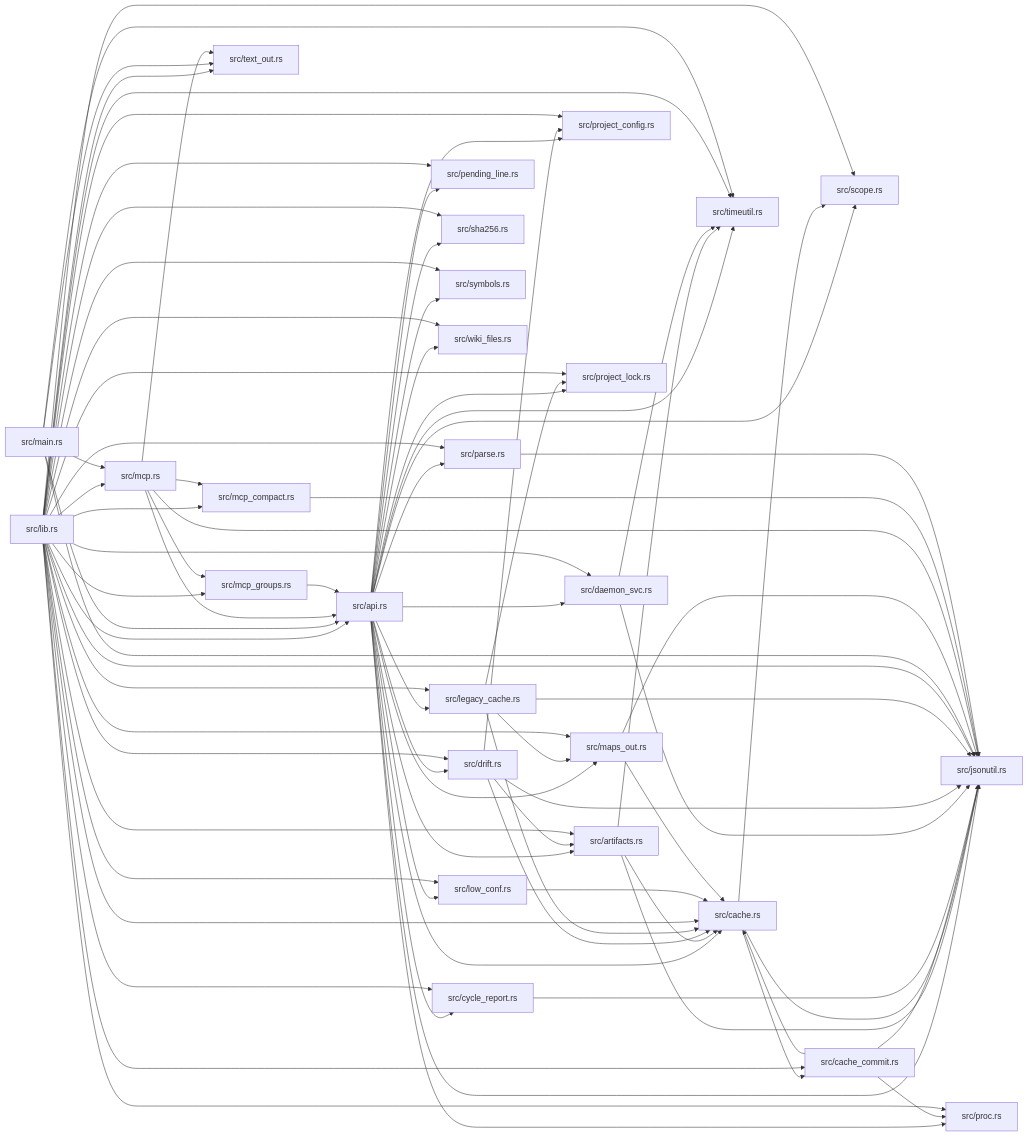
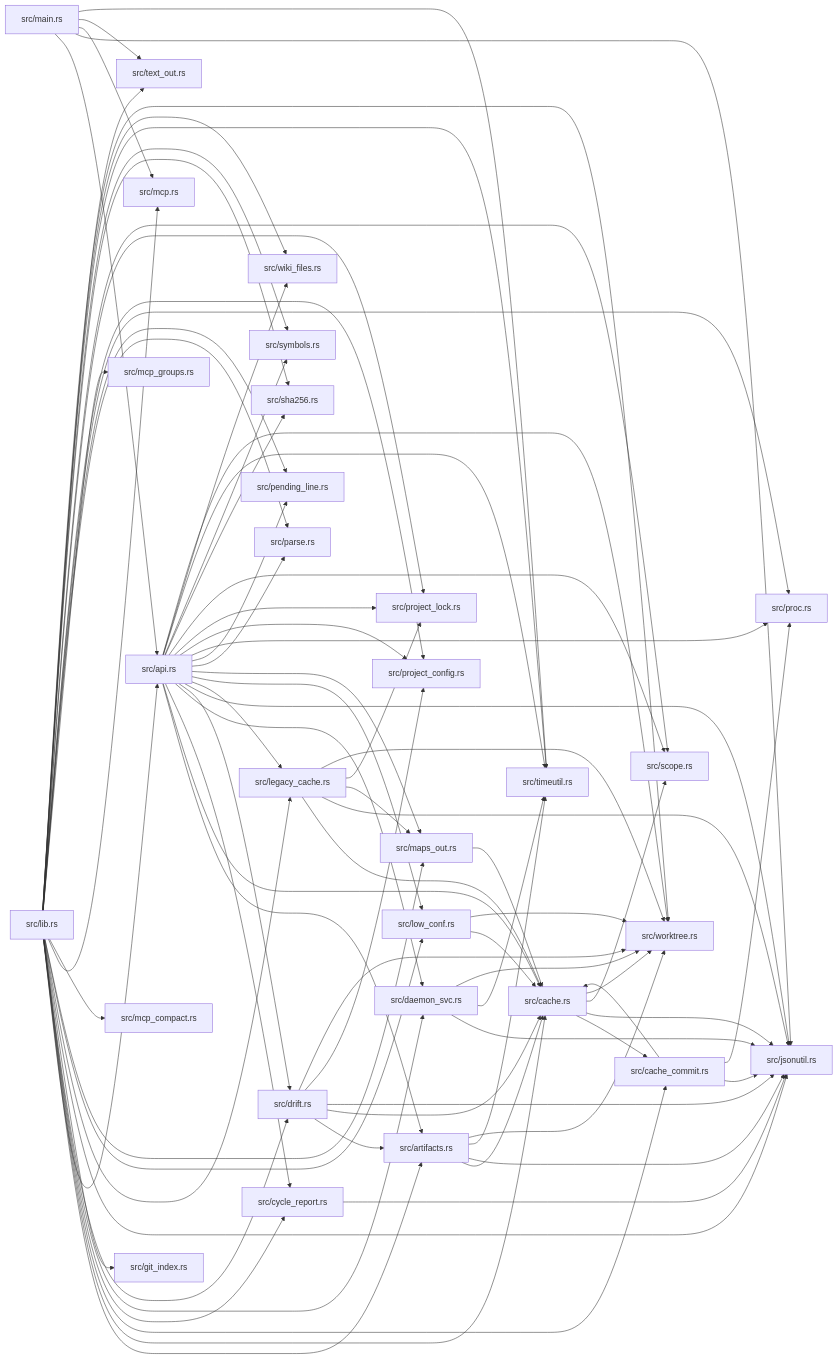
Before and after one commit to IronAdamant/wikifier: the diagram in library.md, drawn with Mermaid. The commit also changed other lines of this file and 59 other files, not shown here.

````diff
--- a/library.md
+++ b/library.md
@@ -75,65 +79,65 @@
   n0["src/api.rs"] --> n17["src/symbols.rs"]
   n0["src/api.rs"] --> n18["src/timeutil.rs"]
   n0["src/api.rs"] --> n19["src/wiki_files.rs"]
+  n0["src/api.rs"] --> n20["src/worktree.rs"]
   n1["src/artifacts.rs"] --> n2["src/cache.rs"]
   n1["src/artifacts.rs"] --> n6["src/jsonutil.rs"]
   n1["src/artifacts.rs"] --> n18["src/timeutil.rs"]
-  n2["src/cache.rs"] --> n20["src/cache_commit.rs"]
+  n1["src/artifacts.rs"] --> n20["src/worktree.rs"]
+  n2["src/cache.rs"] --> n21["src/cache_commit.rs"]
   n2["src/cache.rs"] --> n6["src/jsonutil.rs"]
   n2["src/cache.rs"] --> n15["src/scope.rs"]
-  n20["src/cache_commit.rs"] --> n2["src/cache.rs"]
-  n20["src/cache_commit.rs"] --> n6["src/jsonutil.rs"]
-  n20["src/cache_commit.rs"] --> n12["src/proc.rs"]
+  n2["src/cache.rs"] --> n20["src/worktree.rs"]
+  n21["src/cache_commit.rs"] --> n2["src/cache.rs"]
+  n21["src/cache_commit.rs"] --> n6["src/jsonutil.rs"]
+  n21["src/cache_commit.rs"] --> n12["src/proc.rs"]
   n3["src/cycle_report.rs"] --> n6["src/jsonutil.rs"]
   n4["src/daemon_svc.rs"] --> n6["src/jsonutil.rs"]
   n4["src/daemon_svc.rs"] --> n18["src/timeutil.rs"]
+  n4["src/daemon_svc.rs"] --> n20["src/worktree.rs"]
   n5["src/drift.rs"] --> n1["src/artifacts.rs"]
   n5["src/drift.rs"] --> n2["src/cache.rs"]
   n5["src/drift.rs"] --> n6["src/jsonutil.rs"]
   n5["src/drift.rs"] --> n13["src/project_config.rs"]
+  n5["src/drift.rs"] --> n20["src/worktree.rs"]
   n7["src/legacy_cache.rs"] --> n2["src/cache.rs"]
   n7["src/legacy_cache.rs"] --> n6["src/jsonutil.rs"]
   n7["src/legacy_cache.rs"] --> n9["src/maps_out.rs"]
   n7["src/legacy_cache.rs"] --> n14["src/project_lock.rs"]
-  n21["src/lib.rs"] --> n0["src/api.rs"]
-  n21["src/lib.rs"] --> n1["src/artifacts.rs"]
-  n21["src/lib.rs"] --> n2["src/cache.rs"]
-  n21["src/lib.rs"] --> n20["src/cache_commit.rs"]
-  n21["src/lib.rs"] --> n3["src/cycle_report.rs"]
-  n21["src/lib.rs"] --> n4["src/daemon_svc.rs"]
-  n21["src/lib.rs"] --> n5["src/drift.rs"]
-  n21["src/lib.rs"] --> n6["src/jsonutil.rs"]
-  n21["src/lib.rs"] --> n7["src/legacy_cache.rs"]
-  n21["src/lib.rs"] --> n8["src/low_conf.rs"]
-  n21["src/lib.rs"] --> n9["src/maps_out.rs"]
-  n21["src/lib.rs"] --> n22["src/mcp.rs"]
-  n21["src/lib.rs"] --> n23["src/mcp_compact.rs"]
-  n21["src/lib.rs"] --> n24["src/mcp_groups.rs"]
-  n21["src/lib.rs"] --> n10["src/parse.rs"]
-  n21["src/lib.rs"] --> n11["src/pending_line.rs"]
-  n21["src/lib.rs"] --> n12["src/proc.rs"]
-  n21["src/lib.rs"] --> n13["src/project_config.rs"]
-  n21["src/lib.rs"] --> n14["src/project_lock.rs"]
-  n21["src/lib.rs"] --> n15["src/scope.rs"]
-  n21["src/lib.rs"] --> n16["src/sha256.rs"]
-  n21["src/lib.rs"] --> n17["src/symbols.rs"]
-  n21["src/lib.rs"] --> n25["src/text_out.rs"]
-  n21["src/lib.rs"] --> n18["src/timeutil.rs"]
-  n21["src/lib.rs"] --> n19["src/wiki_files.rs"]
+  n7["src/legacy_cache.rs"] --> n20["src/worktree.rs"]
+  n22["src/lib.rs"] --> n0["src/api.rs"]
+  n22["src/lib.rs"] --> n1["src/artifacts.rs"]
+  n22["src/lib.rs"] --> n2["src/cache.rs"]
+  n22["src/lib.rs"] --> n21["src/cache_commit.rs"]
+  n22["src/lib.rs"] --> n3["src/cycle_report.rs"]
+  n22["src/lib.rs"] --> n4["src/daemon_svc.rs"]
+  n22["src/lib.rs"] --> n5["src/drift.rs"]
+  n22["src/lib.rs"] --> n23["src/git_index.rs"]
+  n22["src/lib.rs"] --> n6["src/jsonutil.rs"]
+  n22["src/lib.rs"] --> n7["src/legacy_cache.rs"]
+  n22["src/lib.rs"] --> n8["src/low_conf.rs"]
+  n22["src/lib.rs"] --> n9["src/maps_out.rs"]
+  n22["src/lib.rs"] --> n24["src/mcp.rs"]
+  n22["src/lib.rs"] --> n25["src/mcp_compact.rs"]
+  n22["src/lib.rs"] --> n26["src/mcp_groups.rs"]
+  n22["src/lib.rs"] --> n10["src/parse.rs"]
+  n22["src/lib.rs"] --> n11["src/pending_line.rs"]
+  n22["src/lib.rs"] --> n12["src/proc.rs"]
+  n22["src/lib.rs"] --> n13["src/project_config.rs"]
+  n22["src/lib.rs"] --> n14["src/project_lock.rs"]
+  n22["src/lib.rs"] --> n15["src/scope.rs"]
+  n22["src/lib.rs"] --> n16["src/sha256.rs"]
+  n22["src/lib.rs"] --> n17["src/symbols.rs"]
+  n22["src/lib.rs"] --> n27["src/text_out.rs"]
+  n22["src/lib.rs"] --> n18["src/timeutil.rs"]
+  n22["src/lib.rs"] --> n19["src/wiki_files.rs"]
+  n22["src/lib.rs"] --> n20["src/worktree.rs"]
   n8["src/low_conf.rs"] --> n2["src/cache.rs"]
-  n26["src/main.rs"] --> n0["src/api.rs"]
-  n26["src/main.rs"] --> n6["src/jsonutil.rs"]
-  n26["src/main.rs"] --> n22["src/mcp.rs"]
-  n26["src/main.rs"] --> n25["src/text_out.rs"]
-  n26["src/main.rs"] --> n18["src/timeutil.rs"]
+  n8["src/low_conf.rs"] --> n20["src/worktree.rs"]
+  n28["src/main.rs"] --> n0["src/api.rs"]
+  n28["src/main.rs"] --> n6["src/jsonutil.rs"]
+  n28["src/main.rs"] --> n24["src/mcp.rs"]
+  n28["src/main.rs"] --> n27["src/text_out.rs"]
+  n28["src/main.rs"] --> n18["src/timeutil.rs"]
   n9["src/maps_out.rs"] --> n2["src/cache.rs"]
-  n9["src/maps_out.rs"] --> n6["src/jsonutil.rs"]
-  n22["src/mcp.rs"] --> n0["src/api.rs"]
-  n22["src/mcp.rs"] --> n6["src/jsonutil.rs"]
-  n22["src/mcp.rs"] --> n23["src/mcp_compact.rs"]
-  n22["src/mcp.rs"] --> n24["src/mcp_groups.rs"]
-  n22["src/mcp.rs"] --> n25["src/text_out.rs"]
-  n23["src/mcp_compact.rs"] --> n6["src/jsonutil.rs"]
-  n24["src/mcp_groups.rs"] --> n0["src/api.rs"]
-  n10["src/parse.rs"] --> n6["src/jsonutil.rs"]
 ```
````
